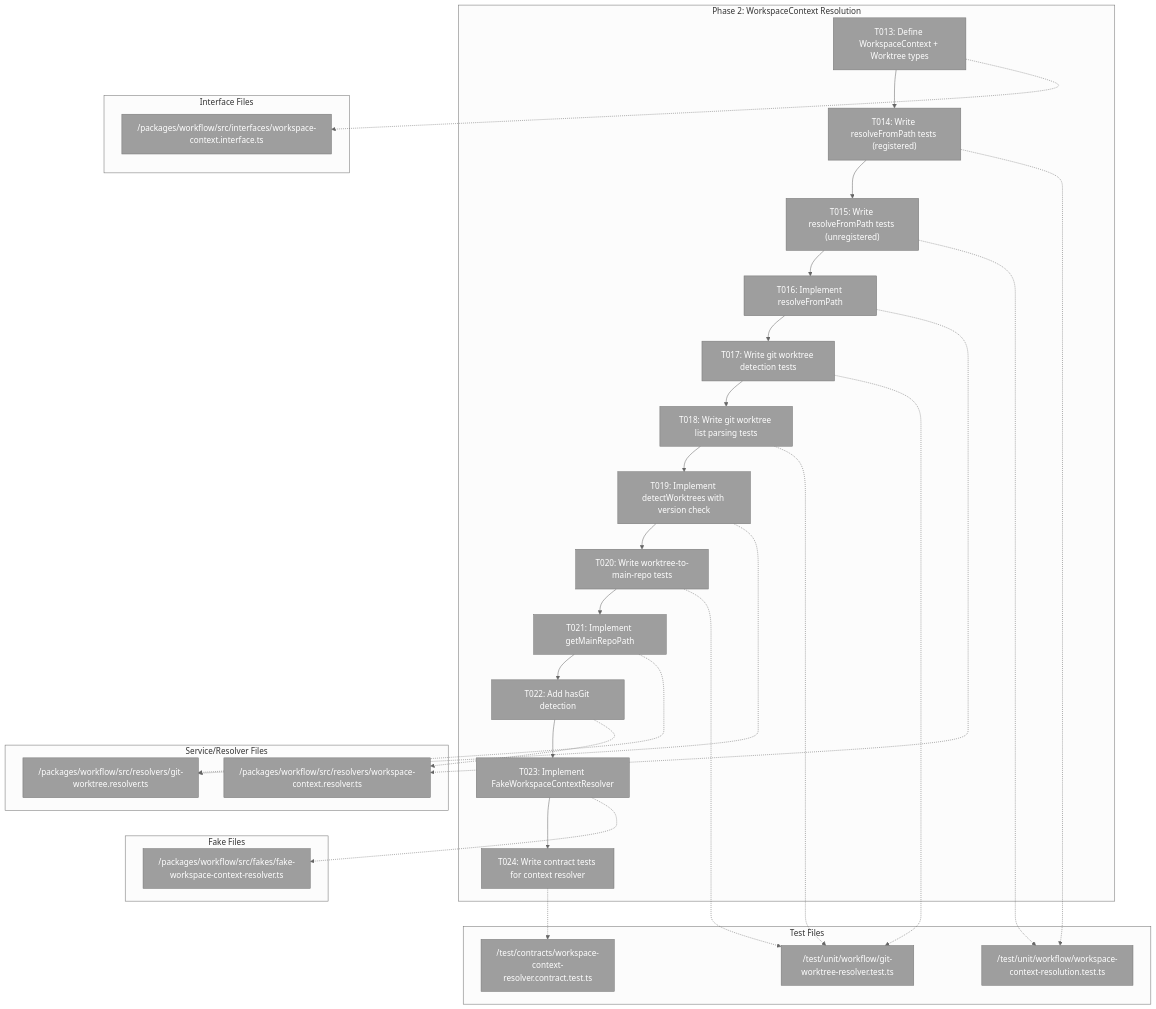
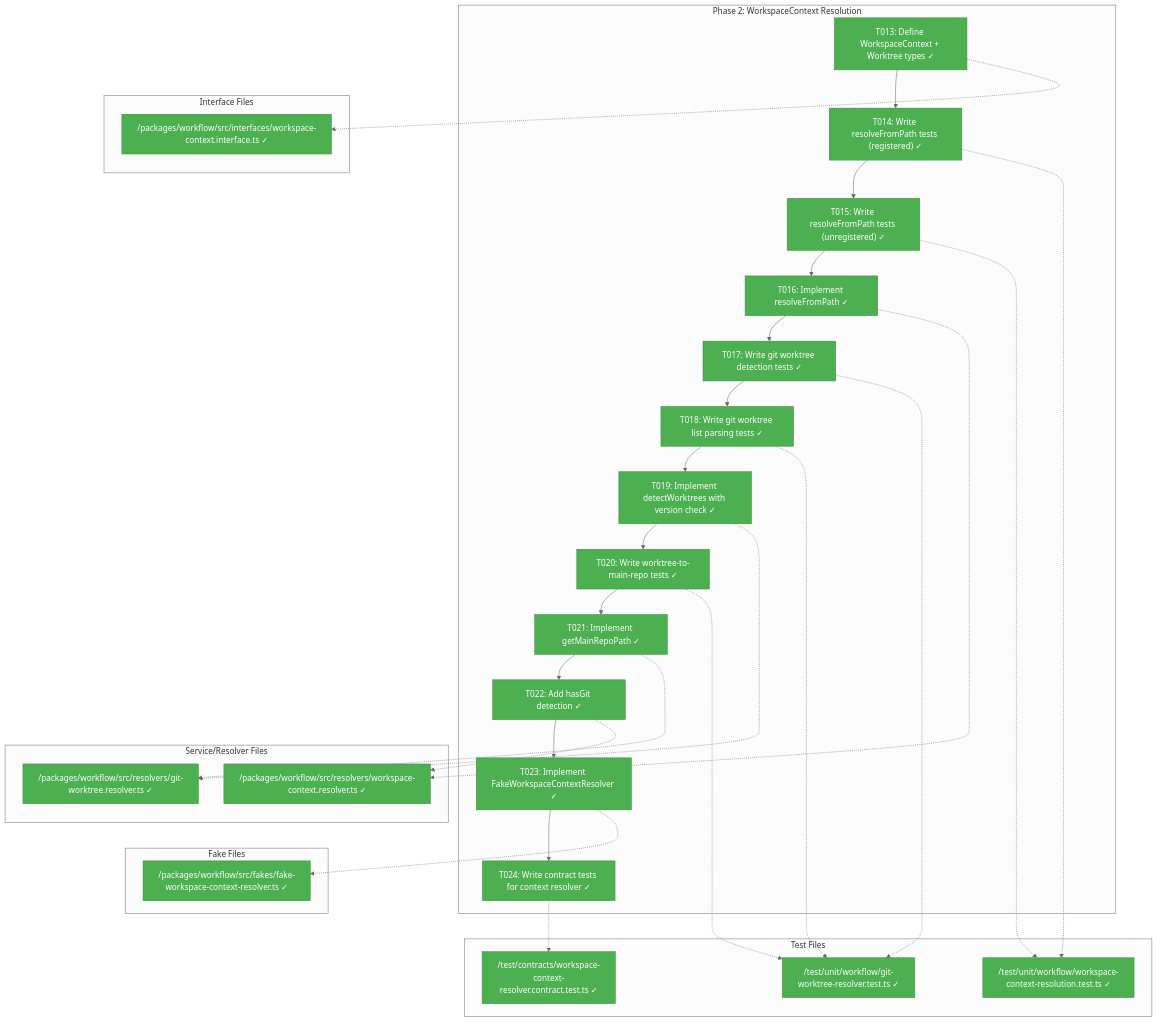
Before and after one commit to AI-Substrate/chainglass: the first of 3 diagrams in docs/plans/014-workspaces/tasks/phase-2-workspacecontext-resolution/tasks.md, drawn with Mermaid (neutral theme). The commit also changed other lines of this file and 13 other files, not shown here.

First line of the commit message:
feat(workspace): Implement Phase 2 - WorkspaceContext Resolution

````diff
--- a/docs/plans/014-workspaces/tasks/phase-2-workspacecontext-resolution/tasks.md
+++ b/docs/plans/014-workspaces/tasks/phase-2-workspacecontext-resolution/tasks.md
@@ -80,66 +80,66 @@
 ```mermaid
 flowchart TD
     classDef pending fill:#9E9E9E,stroke:#757575,color:#fff
     classDef inprogress fill:#FF9800,stroke:#F57C00,color:#fff
     classDef completed fill:#4CAF50,stroke:#388E3C,color:#fff
     classDef blocked fill:#F44336,stroke:#D32F2F,color:#fff
 
     subgraph Phase2["Phase 2: WorkspaceContext Resolution"]
-        T013["T013: Define WorkspaceContext + Worktree types"]:::pending
-        T014["T014: Write resolveFromPath tests (registered)"]:::pending
-        T015["T015: Write resolveFromPath tests (unregistered)"]:::pending
-        T016["T016: Implement resolveFromPath"]:::pending
-        T017["T017: Write git worktree detection tests"]:::pending
-        T018["T018: Write git worktree list parsing tests"]:::pending
-        T019["T019: Implement detectWorktrees with version check"]:::pending
-        T020["T020: Write worktree-to-main-repo tests"]:::pending
-        T021["T021: Implement getMainRepoPath"]:::pending
-        T022["T022: Add hasGit detection"]:::pending
-        T023["T023: Implement FakeWorkspaceContextResolver"]:::pending
-        T024["T024: Write contract tests for context resolver"]:::pending
+        T013["T013: Define WorkspaceContext + Worktree types ✓"]:::completed
+        T014["T014: Write resolveFromPath tests (registered) ✓"]:::completed
+        T015["T015: Write resolveFromPath tests (unregistered) ✓"]:::completed
+        T016["T016: Implement resolveFromPath ✓"]:::completed
+        T017["T017: Write git worktree detection tests ✓"]:::completed
+        T018["T018: Write git worktree list parsing tests ✓"]:::completed
+        T019["T019: Implement detectWorktrees with version check ✓"]:::completed
+        T020["T020: Write worktree-to-main-repo tests ✓"]:::completed
+        T021["T021: Implement getMainRepoPath ✓"]:::completed
+        T022["T022: Add hasGit detection ✓"]:::completed
+        T023["T023: Implement FakeWorkspaceContextResolver ✓"]:::completed
+        T024["T024: Write contract tests for context resolver ✓"]:::completed
 
         T013 --> T014
         T014 --> T015
         T015 --> T016
         T016 --> T017
         T017 --> T018
         T018 --> T019
         T019 --> T020
         T020 --> T021
         T021 --> T022
         T022 --> T023
         T023 --> T024
     end
 
     subgraph Interfaces["Interface Files"]
-        IF1["/packages/workflow/src/interfaces/workspace-context.interface.ts"]:::pending
+        IF1["/packages/workflow/src/interfaces/workspace-context.interface.ts ✓"]:::completed
     end
 
     subgraph Services["Service/Resolver Files"]
-        SV1["/packages/workflow/src/resolvers/workspace-context.resolver.ts"]:::pending
-        SV2["/packages/workflow/src/resolvers/git-worktree.resolver.ts"]:::pending
+        SV1["/packages/workflow/src/resolvers/workspace-context.resolver.ts ✓"]:::completed
+        SV2["/packages/workflow/src/resolvers/git-worktree.resolver.ts ✓"]:::completed
     end
 
     subgraph Fakes["Fake Files"]
-        FK1["/packages/workflow/src/fakes/fake-workspace-context-resolver.ts"]:::pending
+        FK1["/packages/workflow/src/fakes/fake-workspace-context-resolver.ts ✓"]:::completed
     end
 
     subgraph Tests["Test Files"]
-        TS1["/test/unit/workflow/workspace-context-resolution.test.ts"]:::pending
-        TS2["/test/unit/workflow/git-worktree-resolver.test.ts"]:::pending
-        TS3["/test/contracts/workspace-context-resolver.contract.test.ts"]:::pending
+        TS1["/test/unit/workflow/workspace-context-resolution.test.ts ✓"]:::completed
+        TS2["/test/unit/workflow/git-worktree-resolver.test.ts ✓"]:::completed
+        TS3["/test/contracts/workspace-context-resolver.contract.test.ts ✓"]:::completed
     end
 
     T013 -.-> IF1
     T014 -.-> TS1
     T015 -.-> TS1
     T016 -.-> SV1
     T017 -.-> TS2
     T018 -.-> TS2
     T019 -.-> SV2
     T020 -.-> TS2
     T021 -.-> SV2
     T022 -.-> SV1
     T023 -.-> FK1
     T024 -.-> TS3
 ```
````
